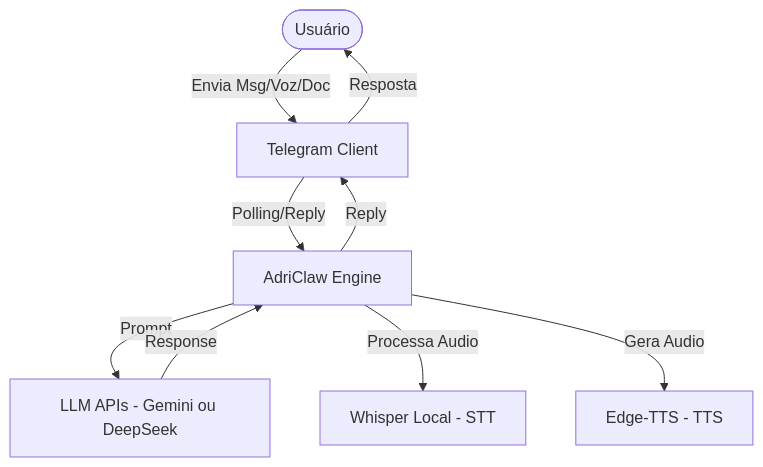
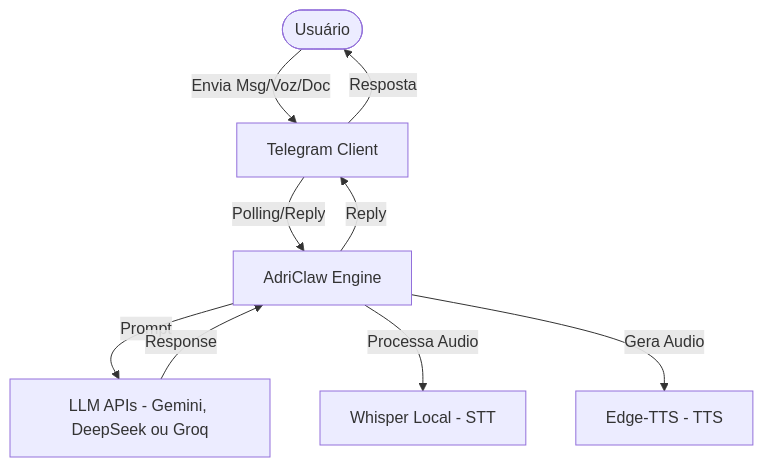
One commit to Adriano1976/Agente_AdriClaw_Antigrevity changed the first of 3 diagrams in README.md. Above: the diagram before and after it, drawn with Mermaid. The commit also changed other lines of this file and 40 other files, not shown here.

````diff
--- a/README.md
+++ b/README.md
@@ -53,18 +54,18 @@
 ```mermaid
 graph TB
     User(["Usuário"])
     Telegram["Telegram Client"]
     System["AdriClaw Engine"]
-    LLM["LLM APIs - Gemini ou DeepSeek"]
+    LLM["LLM APIs - Gemini, DeepSeek ou Groq"]
     Whisper["Whisper Local - STT"]
     EdgeTTS["Edge-TTS - TTS"]
 
     User -->|"Envia Msg/Voz/Doc"| Telegram
     Telegram -->|"Polling/Reply"| System
     System -->|"Reply"| Telegram
     Telegram -->|"Resposta"| User
     System -->|"Prompt"| LLM
     LLM -->|"Response"| System
     System -->|"Processa Audio"| Whisper
     System -->|"Gera Audio"| EdgeTTS
 ```
````
